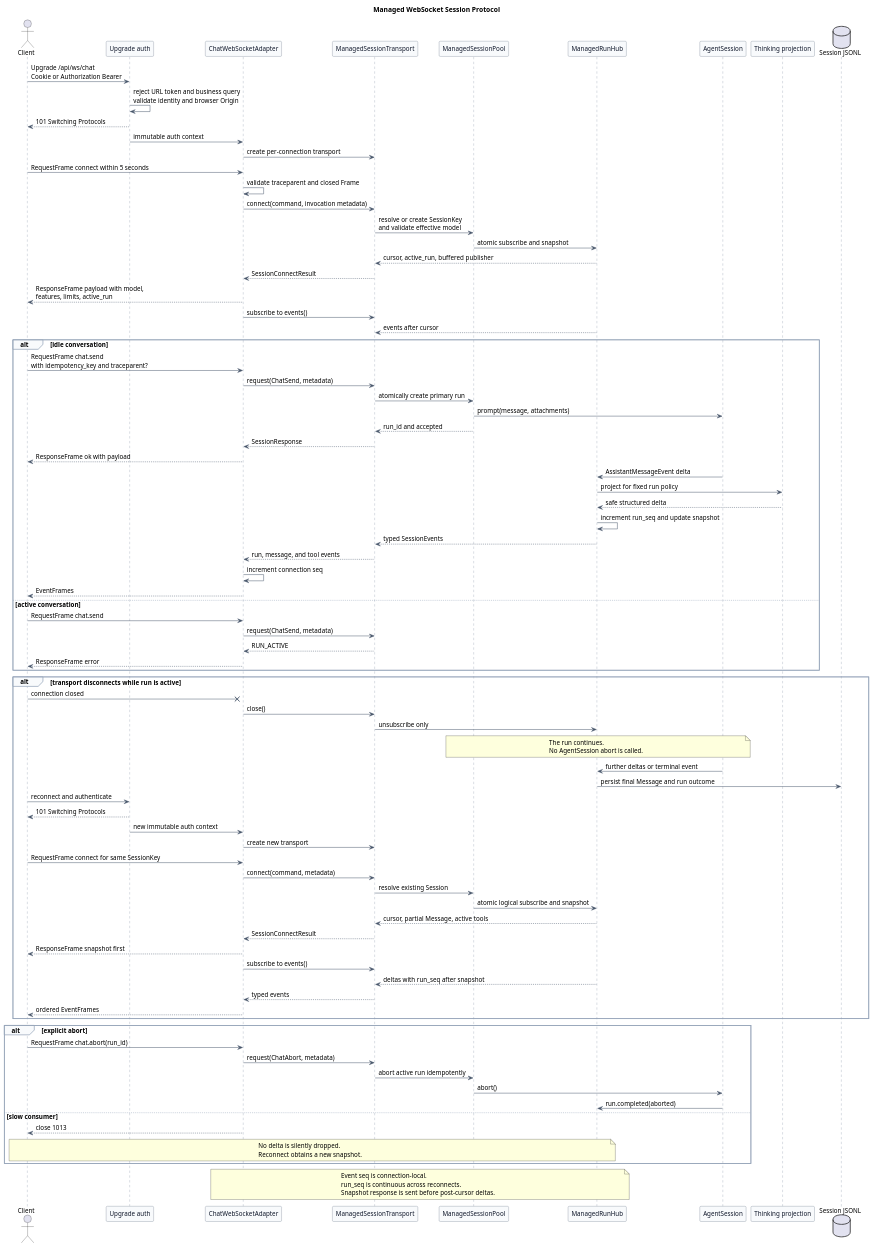
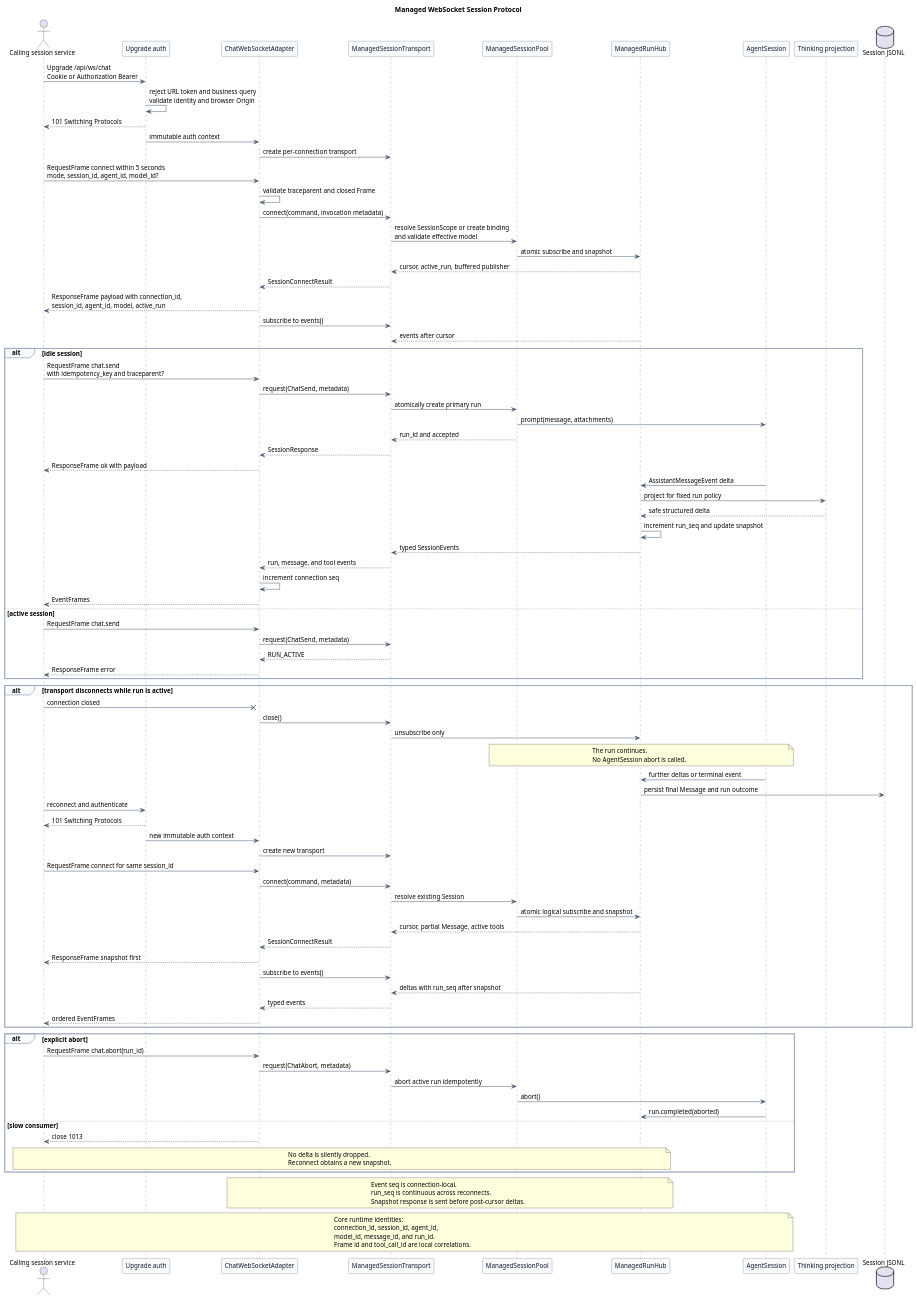
Before and after one commit to superheromeZzh/pi-mono-java-design: the fourth of 6 diagrams in pi-mono-java-manager-driven-multi-agent-runtime/diagram.puml, drawn with PlantUML. The commit also changed other lines of this file and 14 other files, not shown here.

Commit message:
docs(agent): clarify runtime session identity

```diff
--- a/pi-mono-java-manager-driven-multi-agent-runtime/diagram.puml
+++ b/pi-mono-java-manager-driven-multi-agent-runtime/diagram.puml
@@ -256,132 +257,139 @@
 @startuml managed_websocket_session_protocol
 title Managed WebSocket Session Protocol
 
 ' Source evidence:
 ' pi-mono-java modules/coding-agent-cli/src/main/java/com/campusclaw/codingagent/mode/server/ServerMode.java: websocket route
 ' pi-mono-java modules/coding-agent-cli/src/main/java/com/campusclaw/codingagent/mode/server/ChatWebSocketHandler.java: handle, onAgentEvent
 ' pi-mono-java modules/agent-core/src/main/java/com/campusclaw/agent/event/MessageUpdateEvent.java: message, assistantMessageEvent
 ' pi-mono-java modules/ai/src/main/java/com/campusclaw/ai/stream/AssistantMessageEvent.java: typed deltas
 ' OpenClaw baseline: b015925bc30f6a8363f290b07d5f8588e21422b8, Gateway Protocol v4
 ' openclaw packages/gateway-protocol/src/schema/frames.ts: RequestFrameSchema, GatewayFrameSchema
 ' openclaw packages/gateway-protocol/src/schema/logs-chat.ts: ChatDeltaEventSchema
 ' openclaw docs/gateway/clients.md: Recover state after reconnect
 ' openclaw src/gateway/server-broadcast.ts: createGatewayBroadcaster
 ' Observed behavior: Java v1 captures one Session per connection, emits cumulative Message updates,
 ' and aborts AgentSession when the WebSocket closes.
 ' Java divergence: v2 maps Frame payloads to typed SessionTransport requests and events.
-' Architecture change: one connection is scoped to one Agent and conversation, unlike OpenClaw Gateway multiplexing.
+' Architecture change: one connection is scoped to one caller-owned session and Agent, unlike OpenClaw Gateway multiplexing.
 ' Design reason: provide auditable ToB isolation and race-free recovery without moving run ownership to transport.
 
 skinparam backgroundColor #FFFFFF
 skinparam shadowing false
 skinparam defaultFontName Arial
 skinparam defaultFontSize 13
 skinparam participant {
   BackgroundColor #F8FAFC
   BorderColor #475569
   FontColor #0F172A
 }
 skinparam ArrowColor #475569
 skinparam sequence {
   LifeLineBorderColor #64748B
   LifeLineBackgroundColor #F8FAFC
   GroupBorderColor #94A3B8
   GroupBackgroundColor #F8FAFC
 }
 
-actor Client
+actor "Calling session service" as Client
 participant "Upgrade auth" as Auth
 participant "ChatWebSocketAdapter" as WS
 participant "ManagedSessionTransport" as Transport
 participant "ManagedSessionPool" as Pool
 participant "ManagedRunHub" as Hub
 participant "AgentSession" as Session
 participant "Thinking projection" as Projection
 database "Session JSONL" as Store
 
 Client -> Auth : Upgrade /api/ws/chat\nCookie or Authorization Bearer
 Auth -> Auth : reject URL token and business query\nvalidate identity and browser Origin
 Auth --> Client : 101 Switching Protocols
 Auth -> WS : immutable auth context
 WS -> Transport : create per-connection transport
-Client -> WS : RequestFrame connect within 5 seconds
+Client -> WS : RequestFrame connect within 5 seconds\nmode, session_id, agent_id, model_id?
 WS -> WS : validate traceparent and closed Frame
 WS -> Transport : connect(command, invocation metadata)
-Transport -> Pool : resolve or create SessionKey\nand validate effective model
+Transport -> Pool : resolve SessionScope or create binding\nand validate effective model
 Pool -> Hub : atomic subscribe and snapshot
 Hub --> Transport : cursor, active_run, buffered publisher
 Transport --> WS : SessionConnectResult
-WS --> Client : ResponseFrame payload with model,\nfeatures, limits, active_run
+WS --> Client : ResponseFrame payload with connection_id,\nsession_id, agent_id, model, active_run
 WS -> Transport : subscribe to events()
 Hub --> Transport : events after cursor
 
-alt idle conversation
+alt idle session
   Client -> WS : RequestFrame chat.send\nwith idempotency_key and traceparent?
   WS -> Transport : request(ChatSend, metadata)
   Transport -> Pool : atomically create primary run
   Pool -> Session : prompt(message, attachments)
   Pool --> Transport : run_id and accepted
   Transport --> WS : SessionResponse
   WS --> Client : ResponseFrame ok with payload
   Session -> Hub : AssistantMessageEvent delta
   Hub -> Projection : project for fixed run policy
   Projection --> Hub : safe structured delta
   Hub -> Hub : increment run_seq and update snapshot
   Hub --> Transport : typed SessionEvents
   Transport --> WS : run, message, and tool events
   WS -> WS : increment connection seq
   WS --> Client : EventFrames
-else active conversation
+else active session
   Client -> WS : RequestFrame chat.send
   WS -> Transport : request(ChatSend, metadata)
   Transport --> WS : RUN_ACTIVE
   WS --> Client : ResponseFrame error
 end
 
 alt transport disconnects while run is active
   Client -x WS : connection closed
   WS -> Transport : close()
   Transport -> Hub : unsubscribe only
   note over Pool,Session
   The run continues.
   No AgentSession abort is called.
   end note
   Session -> Hub : further deltas or terminal event
   Hub -> Store : persist final Message and run outcome
   Client -> Auth : reconnect and authenticate
   Auth --> Client : 101 Switching Protocols
   Auth -> WS : new immutable auth context
   WS -> Transport : create new transport
-  Client -> WS : RequestFrame connect for same SessionKey
+  Client -> WS : RequestFrame connect for same session_id
   WS -> Transport : connect(command, metadata)
   Transport -> Pool : resolve existing Session
   Pool -> Hub : atomic logical subscribe and snapshot
   Hub --> Transport : cursor, partial Message, active tools
   Transport --> WS : SessionConnectResult
   WS --> Client : ResponseFrame snapshot first
   WS -> Transport : subscribe to events()
   Hub --> Transport : deltas with run_seq after snapshot
   Transport --> WS : typed events
   WS --> Client : ordered EventFrames
 end
 
 alt explicit abort
   Client -> WS : RequestFrame chat.abort(run_id)
   WS -> Transport : request(ChatAbort, metadata)
   Transport -> Pool : abort active run idempotently
   Pool -> Session : abort()
   Session -> Hub : run.completed(aborted)
 else slow consumer
   WS --> Client : close 1013
   note over Client,Hub
   No delta is silently dropped.
   Reconnect obtains a new snapshot.
   end note
 end
 
 note over WS,Hub
 Event seq is connection-local.
 run_seq is continuous across reconnects.
 Snapshot response is sent before post-cursor deltas.
 end note
+
+note over Client,Session
+Core runtime identities:
+connection_id, session_id, agent_id,
+model_id, message_id, and run_id.
+Frame id and tool_call_id are local correlations.
+end note
 @enduml
```
